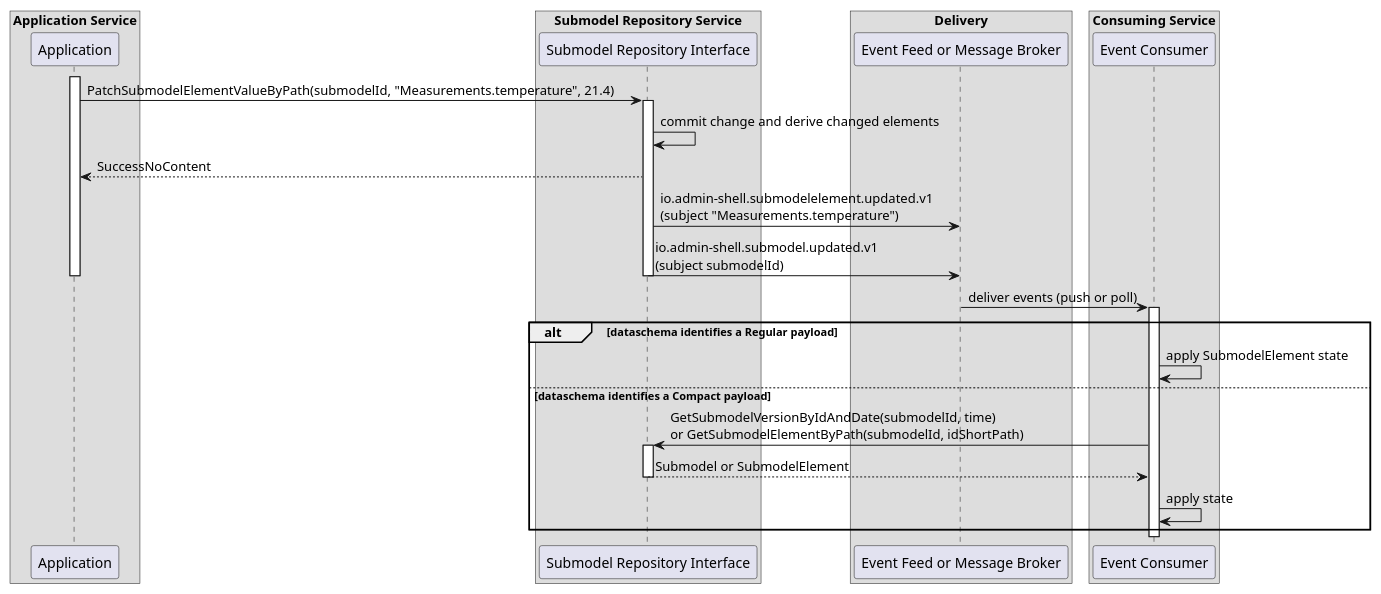
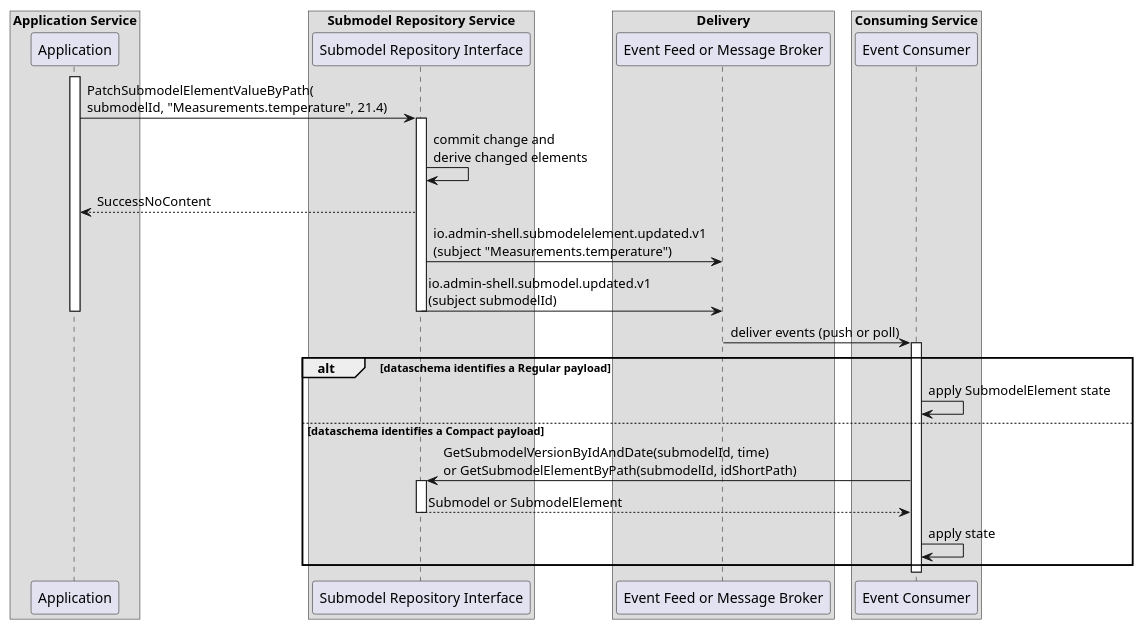
Before and after one commit to aaronzi/aas-specs-api: the diagram in documentation/IDTA-01002-3/modules/ROOT/partials/diagrams/eventing-seq-submodel-element-update.puml, drawn with PlantUML. The commit also changed 4 other files, not shown here.

Commit message:
Improve eventing diagram layouts and inline markup

```diff
--- a/documentation/IDTA-01002-3/modules/ROOT/partials/diagrams/eventing-seq-submodel-element-update.puml
+++ b/documentation/IDTA-01002-3/modules/ROOT/partials/diagrams/eventing-seq-submodel-element-update.puml
@@ -1,44 +1,44 @@
 @startuml
 
 box "Application Service"
 participant Client as "Application"
 end box
 
 box "Submodel Repository Service"
   participant SMService as "Submodel Repository Interface"
 end box
 
 box "Delivery"
   participant Channel as "Event Feed or Message Broker"
 end box
 
 box "Consuming Service"
   participant Consumer as "Event Consumer"
 end box
 
 activate Client
-Client -> SMService : PatchSubmodelElementValueByPath(submodelId, "Measurements.temperature", 21.4)
+Client -> SMService : PatchSubmodelElementValueByPath(\nsubmodelId, "Measurements.temperature", 21.4)
 activate SMService
-SMService -> SMService : commit change and derive changed elements
+SMService -> SMService : commit change and\nderive changed elements
 Client <-- SMService : SuccessNoContent
 SMService -> Channel : io.admin-shell.submodelelement.updated.v1\n(subject "Measurements.temperature")
 SMService -> Channel : io.admin-shell.submodel.updated.v1\n(subject submodelId)
 deactivate SMService
 deactivate Client
 
 Channel -> Consumer : deliver events (push or poll)
 activate Consumer
 
 alt dataschema identifies a Regular payload
   Consumer -> Consumer : apply SubmodelElement state
 else dataschema identifies a Compact payload
   Consumer -> SMService : GetSubmodelVersionByIdAndDate(submodelId, time)\nor GetSubmodelElementByPath(submodelId, idShortPath)
   activate SMService
   Consumer <-- SMService : Submodel or SubmodelElement
   deactivate SMService
   Consumer -> Consumer : apply state
 end
 
 deactivate Consumer
 
 @enduml
```
